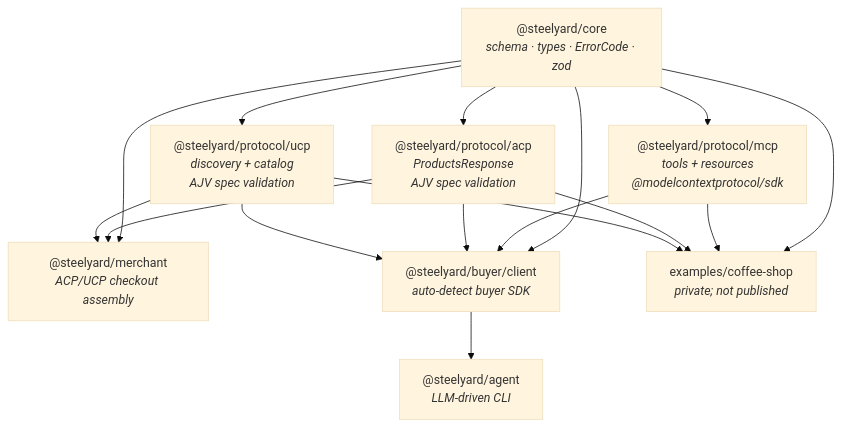
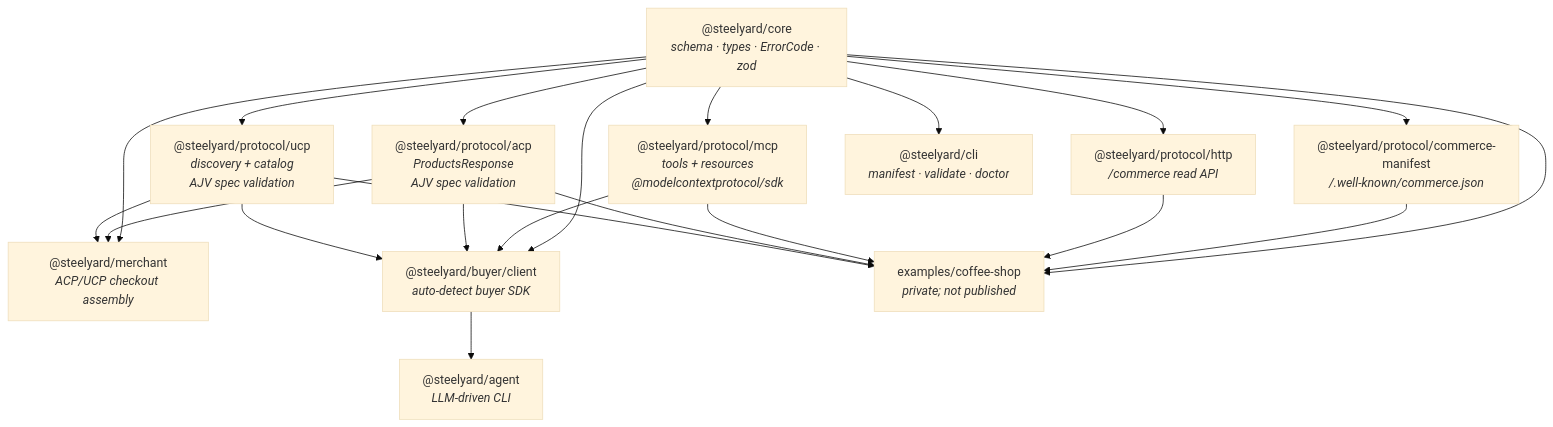
The first of 2 diagrams in docs/architecture.md (steelyard-dev/steelyard-sdk), drawn with Mermaid (base theme) before and after one commit. The commit also changed other lines of this file and 14 other files, not shown here.

Commit message:
docs: document commerce manifest surfaces

````diff
--- a/docs/architecture.md
+++ b/docs/architecture.md
@@ -5,27 +5,35 @@
 ```mermaid
 graph TD
   core["@steelyard/core<br/><i>schema · types · ErrorCode · zod</i>"]
+  cm["@steelyard/protocol/commerce-manifest<br/><i>/.well-known/commerce.json</i>"]
+  http["@steelyard/protocol/http<br/><i>/commerce read API</i>"]
   mcp["@steelyard/protocol/mcp<br/><i>tools + resources<br/>@modelcontextprotocol/sdk</i>"]
   acp["@steelyard/protocol/acp<br/><i>ProductsResponse<br/>AJV spec validation</i>"]
   ucp["@steelyard/protocol/ucp<br/><i>discovery + catalog<br/>AJV spec validation</i>"]
   merchant["@steelyard/merchant<br/><i>ACP/UCP checkout assembly</i>"]
   client["@steelyard/buyer/client<br/><i>auto-detect buyer SDK</i>"]
   agent["@steelyard/agent<br/><i>LLM-driven CLI</i>"]
+  cli["@steelyard/cli<br/><i>manifest · validate · doctor</i>"]
   example["examples/coffee-shop<br/><i>private; not published</i>"]
 
+  core --> cm
+  core --> http
   core --> mcp
   core --> acp
   core --> ucp
   core --> client
   core --> merchant
+  core --> cli
   acp --> merchant
   ucp --> merchant
   mcp --> client
   acp --> client
   ucp --> client
   client --> agent
   core --> example
+  cm --> example
+  http --> example
   mcp --> example
   acp --> example
   ucp --> example
 ```
````
